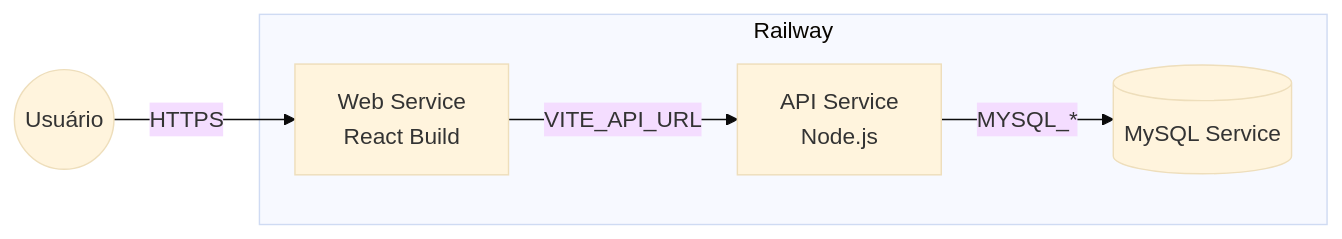
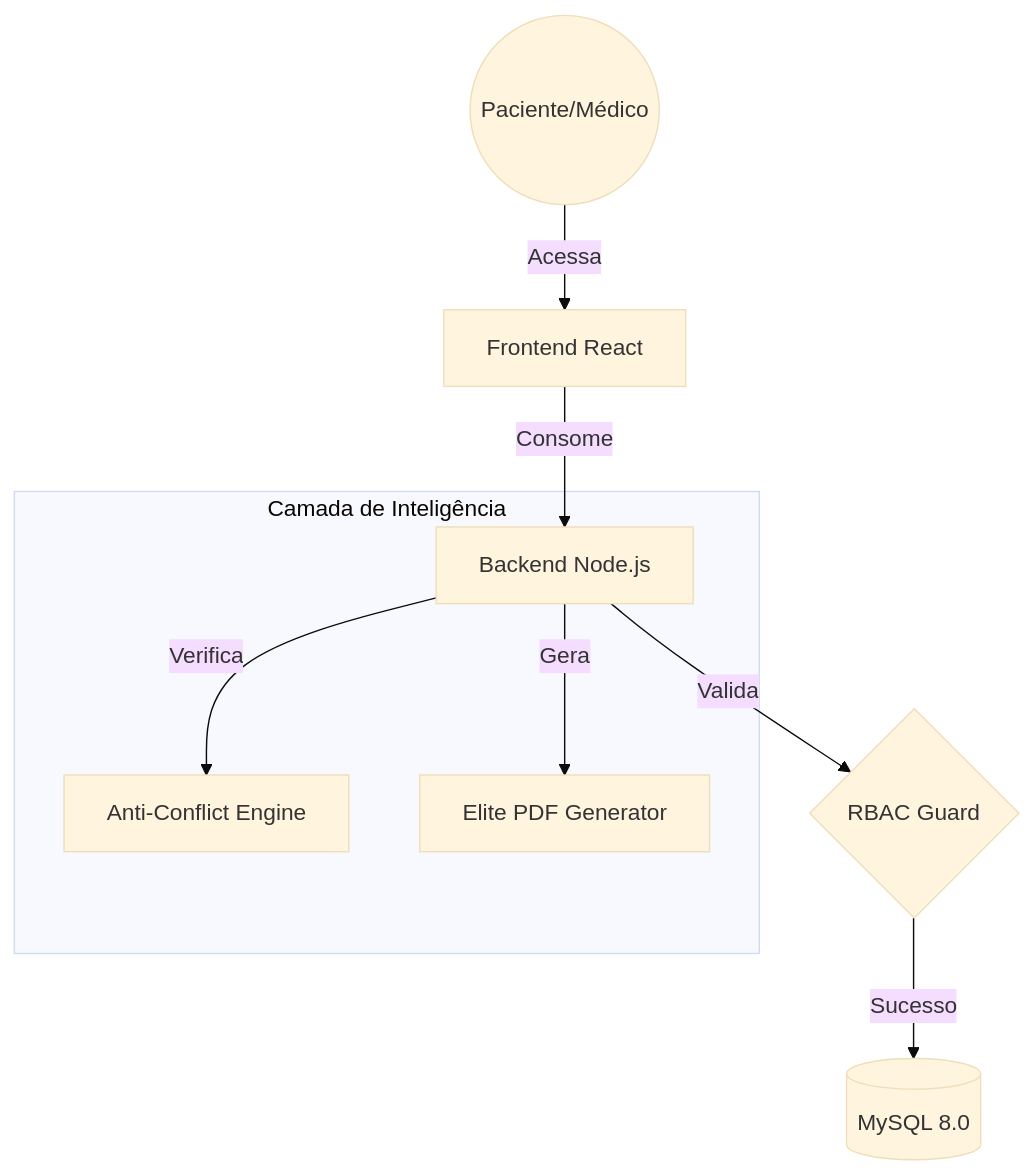
The diagram in README.md (AlexandreCalmonJr/vitalhub-enterprise), drawn with Mermaid (base theme) before and after one commit. The commit also changed other lines of this file and 1 other file, not shown here.

````diff
--- a/README.md
+++ b/README.md
@@ -207,13 +38,12 @@
 ```mermaid
-graph LR
-    subgraph Railway
-        DB[(MySQL Service)]
-        API[API Service<br/>Node.js]
-        WEB[Web Service<br/>React Build]
+graph TD
+    User((Paciente/Médico)) -->|Acessa| Web[Frontend React]
+    Web -->|Consome| API[Backend Node.js]
+    API -->|Valida| RBAC{RBAC Guard}
+    RBAC -->|Sucesso| DB[(MySQL 8.0)]
+    
+    subgraph "Camada de Inteligência"
+        API -->|Verifica| Conflict[Anti-Conflict Engine]
+        API -->|Gera| PDF[Elite PDF Generator]
     end
-
-    WEB -->|"VITE_API_URL"| API
-    API -->|"MYSQL_*"| DB
-
-    USER((Usuário)) -->|"HTTPS"| WEB
 ```
````
